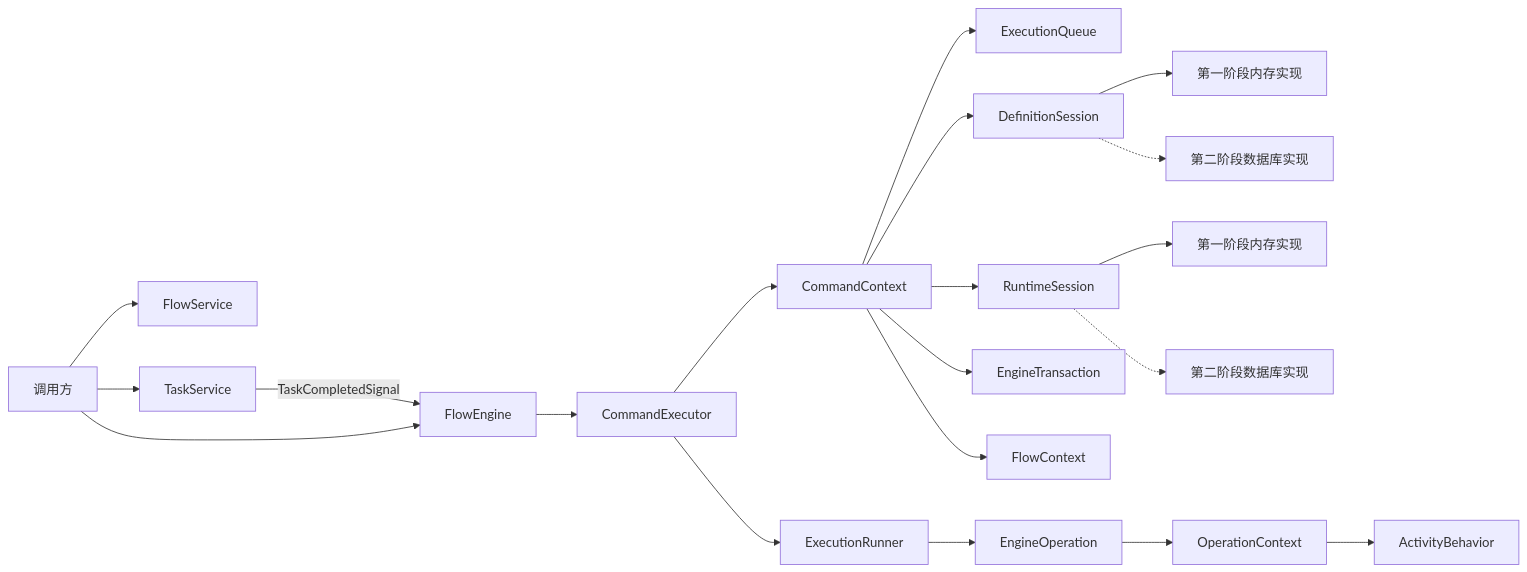
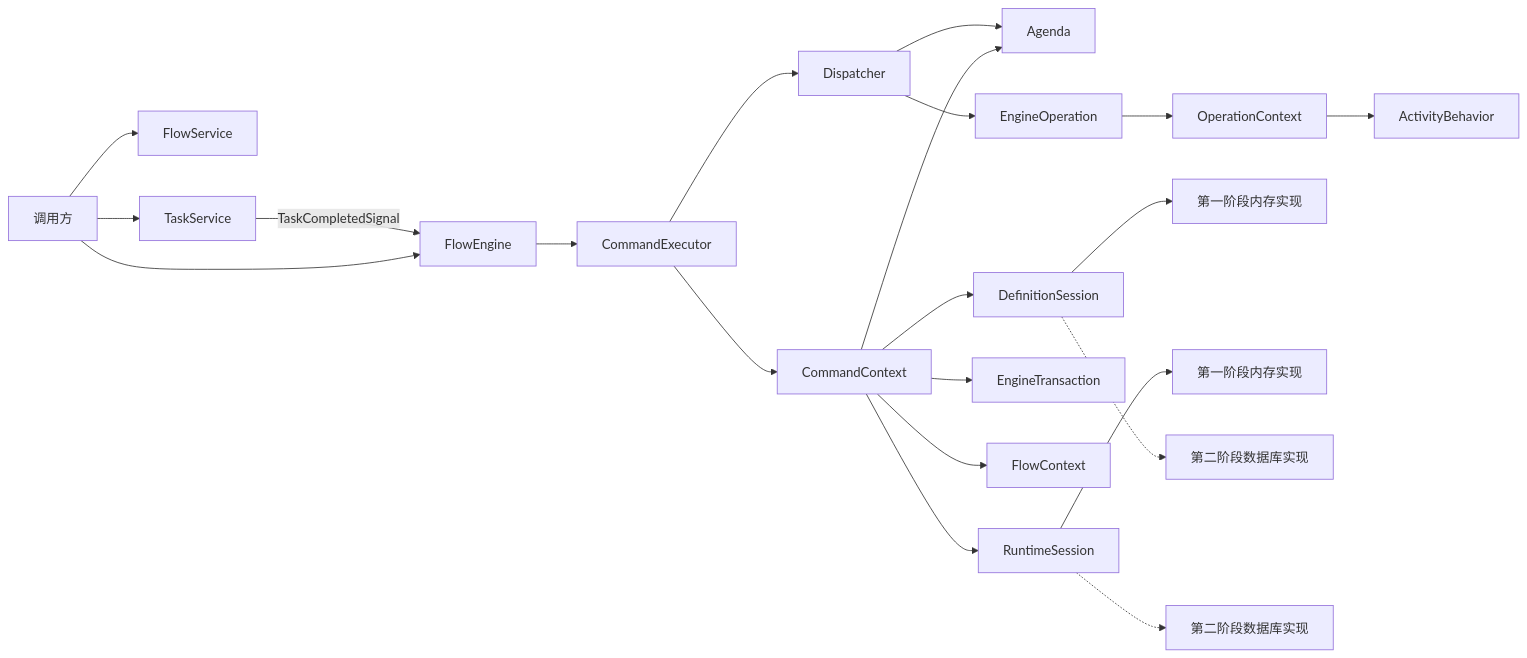
The first of 3 diagrams in docs/decisions/2026-07-14-workflow-core-architecture-v2.md (Eiddy5/flow), drawn with Mermaid before and after one commit. The commit also changed other lines of this file and 1 other file, not shown here.

````diff
--- a/docs/decisions/2026-07-14-workflow-core-architecture-v2.md
+++ b/docs/decisions/2026-07-14-workflow-core-architecture-v2.md
@@ -161,27 +162,28 @@
 ```mermaid
 flowchart LR
     Caller["调用方"] --> FlowService["FlowService"]
     Caller --> TaskService["TaskService"]
     Caller --> FlowEngine["FlowEngine"]
 
     TaskService -->|"TaskCompletedSignal"| FlowEngine
     FlowEngine --> CommandExecutor["CommandExecutor"]
     CommandExecutor --> CommandContext["CommandContext"]
-    CommandExecutor --> ExecutionRunner["ExecutionRunner"]
+    CommandExecutor --> Dispatcher["Dispatcher"]
 
-    CommandContext --> ExecutionQueue["ExecutionQueue"]
+    CommandContext --> Agenda["Agenda"]
     CommandContext --> DefinitionSession["DefinitionSession"]
     CommandContext --> RuntimeSession["RuntimeSession"]
     CommandContext --> EngineTransaction["EngineTransaction"]
     CommandContext --> FlowContext["FlowContext"]
 
-    ExecutionRunner --> EngineOperation["EngineOperation"]
+    Dispatcher --> Agenda
+    Dispatcher --> EngineOperation["EngineOperation"]
     EngineOperation --> OperationContext["OperationContext"]
     OperationContext --> ActivityBehavior["ActivityBehavior"]
 
     DefinitionSession --> MemoryDefinition["第一阶段内存实现"]
     RuntimeSession --> MemoryRuntime["第一阶段内存实现"]
 
     DefinitionSession -.-> DatabaseDefinition["第二阶段数据库实现"]
     RuntimeSession -.-> DatabaseRuntime["第二阶段数据库实现"]
 ```
````
